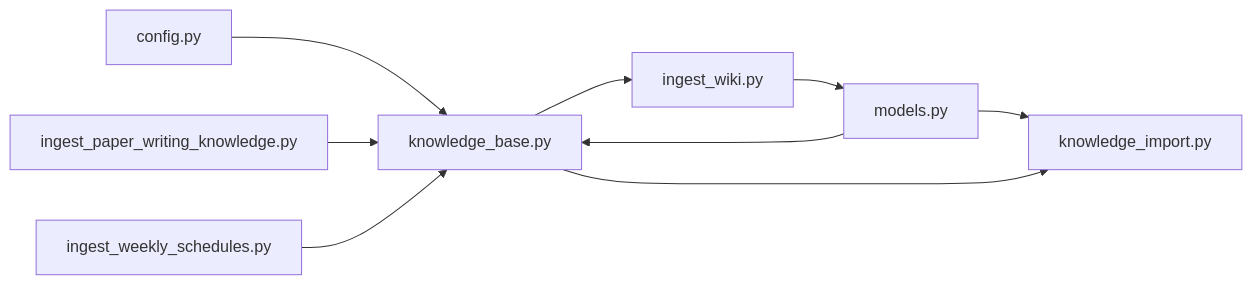
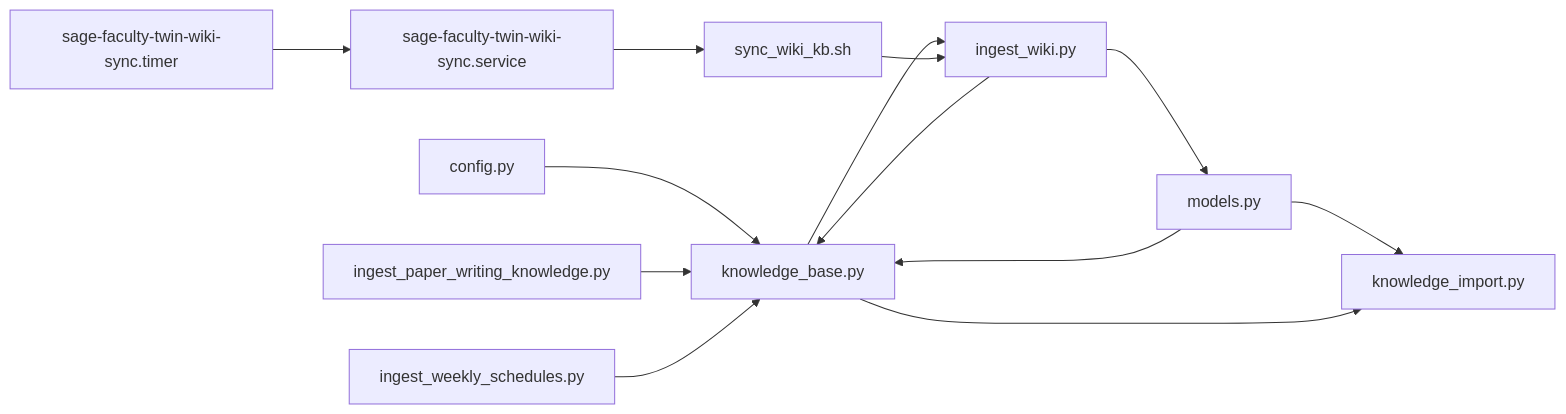
Before and after one commit to intellistream/sage-mate: the seventh of 7 diagrams in .qoder/repowiki/en/content/Knowledge Management/Knowledge Ingestion Pipeline.md, drawn with Mermaid. The commit also changed other lines of this file and 115 other files, not shown here.

````diff
--- a/.qoder/repowiki/en/content/Knowledge Management/Knowledge Ingestion Pipeline.md
+++ b/.qoder/repowiki/en/content/Knowledge Management/Knowledge Ingestion Pipeline.md
@@ -403,11 +470,15 @@
 ```mermaid
 graph LR
 Config["config.py"] --> KB["knowledge_base.py"]
 Models["models.py"] --> KB
 Models --> KI["knowledge_import.py"]
 KB --> KI
 KB --> IW["ingest_wiki.py"]
 ToolsPW["ingest_paper_writing_knowledge.py"] --> KB
 ToolsWS["ingest_weekly_schedules.py"] --> KB
 IW --> Models
+IW --> KB
+Sync["sync_wiki_kb.sh"] --> IW
+Service["sage-faculty-twin-wiki-sync.service"] --> Sync
+Timer["sage-faculty-twin-wiki-sync.timer"] --> Service
 ```
````
